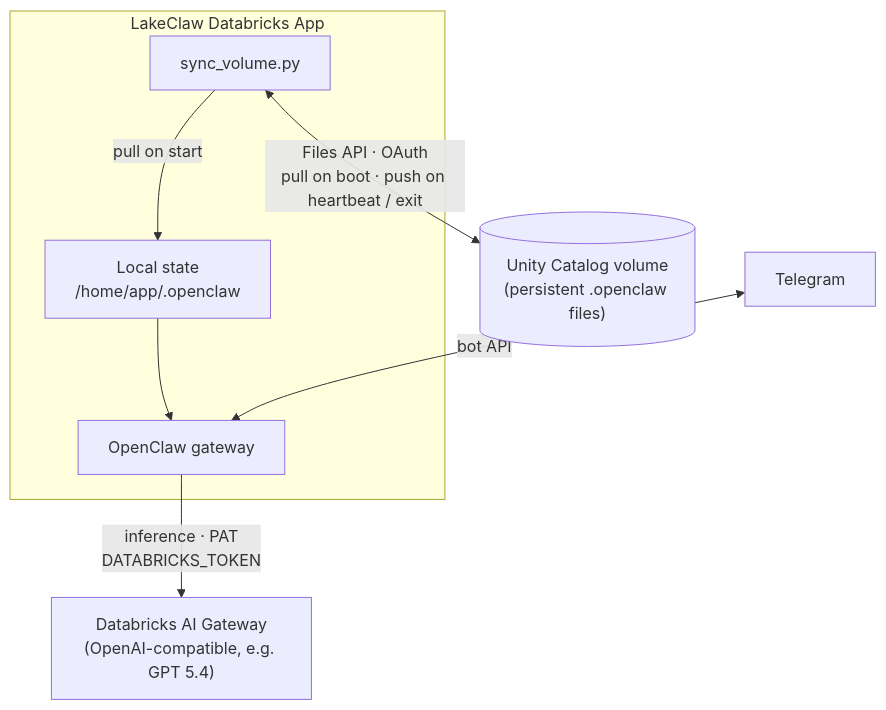
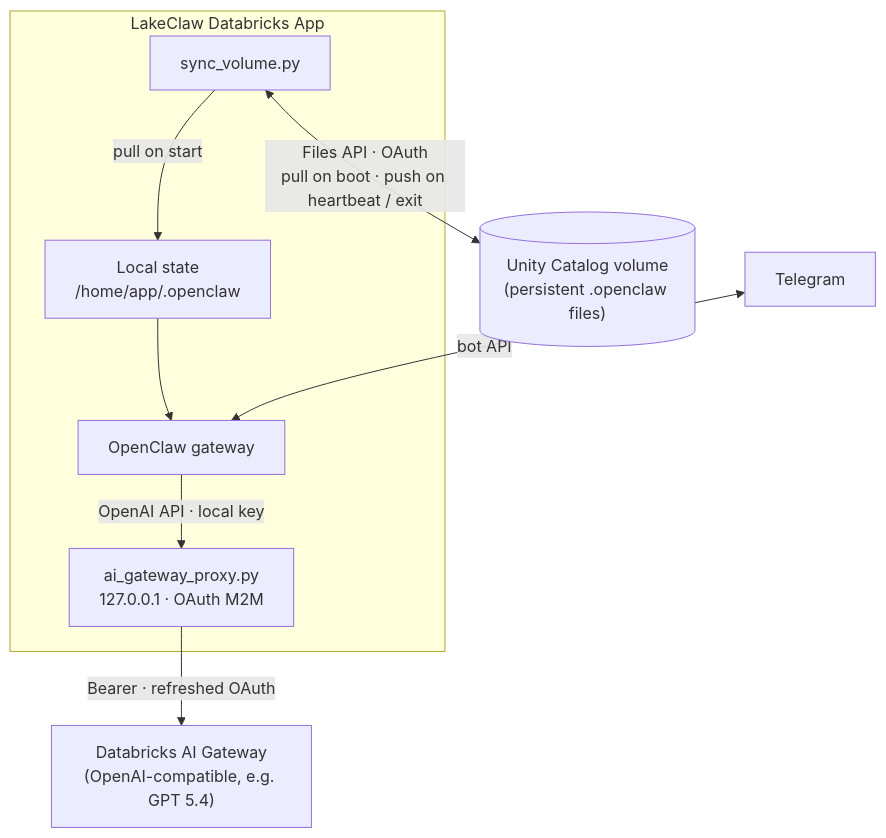
One commit to mik3lol/lakeclaw changed the diagram in README.md. Above: the diagram before and after it, drawn with Mermaid. The commit also changed other lines of this file and 4 other files, not shown here.

First line of the commit message:
Add OAuth loopback proxy for Databricks AI Gateway

````diff
--- a/README.md
+++ b/README.md
@@ -11,20 +11,22 @@
 ```mermaid
 flowchart TB
   TG[Telegram]
 
   subgraph App["LakeClaw Databricks App"]
     GW[OpenClaw gateway]
+    PX["ai_gateway_proxy.py<br/>127.0.0.1 · OAuth M2M"]
     DISK["Local state<br/>/home/app/.openclaw"]
     SYNC["sync_volume.py"]
 
     SYNC -->|"pull on start"| DISK
     DISK --> GW
   end
 
   AIGW["Databricks AI Gateway<br/>(OpenAI-compatible, e.g. GPT 5.4)"]
   VOL[("Unity Catalog volume<br/>(persistent .openclaw files)")]
 
   TG <-->|"bot API"| GW
-  GW -->|"inference · PAT<br/>DATABRICKS_TOKEN"| AIGW
+  GW -->|"OpenAI API · local key"| PX
+  PX -->|"Bearer · refreshed OAuth"| AIGW
   SYNC <-->|"Files API · OAuth<br/>pull on boot · push on heartbeat / exit"| VOL
 ```
````
